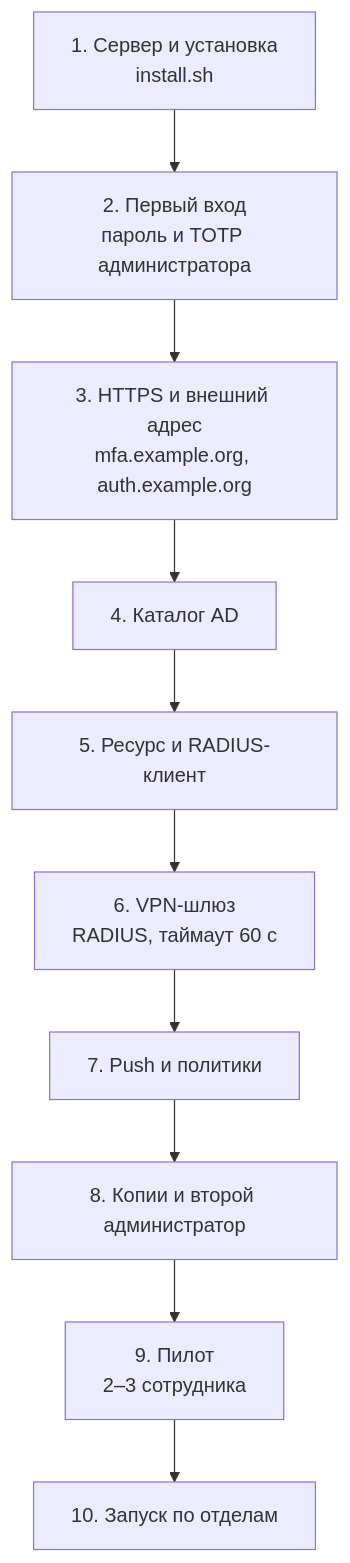
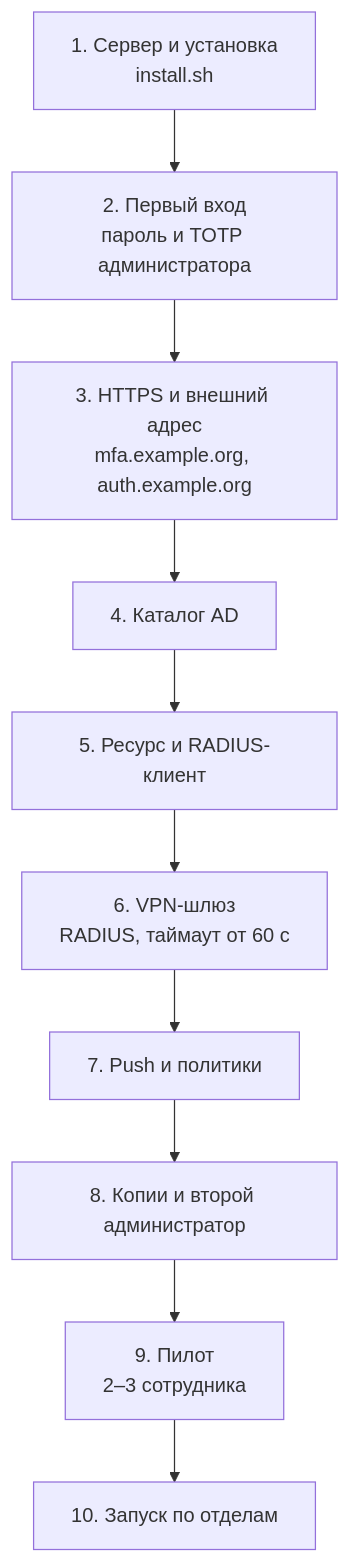
One commit to calleograph/mfa-gate changed the diagram in wiki/Сценарий-Внедрение-с-нуля.md. Above: the diagram before and after it, drawn with Mermaid. The commit also changed other lines of this file and 66 other files, not shown here.

````diff
--- a/wiki/Сценарий-Внедрение-с-нуля.md
+++ b/wiki/Сценарий-Внедрение-с-нуля.md
@@ -27,12 +27,12 @@
 ```mermaid
 flowchart TD
     A["1. Сервер и установка<br/>install.sh"] --> B["2. Первый вход<br/>пароль и TOTP администратора"]
     B --> C["3. HTTPS и внешний адрес<br/>mfa.example.org, auth.example.org"]
     C --> D["4. Каталог AD"]
     D --> E["5. Ресурс и RADIUS-клиент"]
-    E --> F["6. VPN-шлюз<br/>RADIUS, таймаут 60 с"]
+    E --> F["6. VPN-шлюз<br/>RADIUS, таймаут от 60 с"]
     F --> G["7. Push и политики"]
     G --> H["8. Копии и второй администратор"]
     H --> I["9. Пилот<br/>2–3 сотрудника"]
     I --> J["10. Запуск по отделам"]
 ```
````
